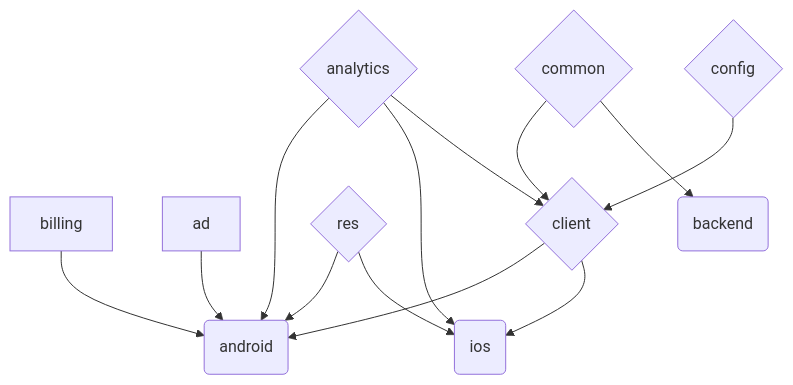
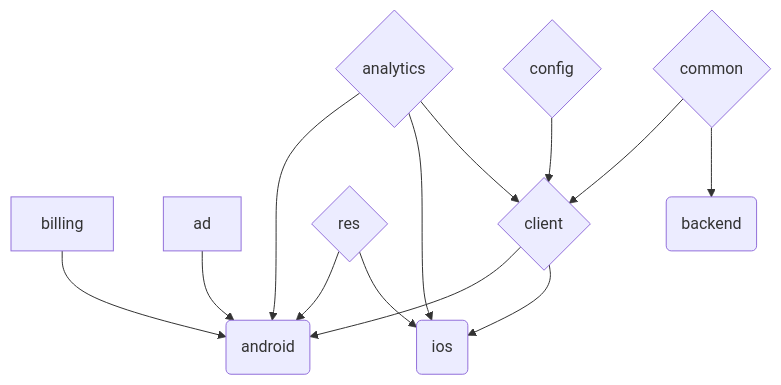
One commit to Oztechan/CCC changed the first of 2 diagrams in README.md. Above: the diagram before and after it, drawn with Mermaid.

Commit message:
[#944] Update mermaid diagram

````diff
--- a/README.md
+++ b/README.md
@@ -28,26 +28,26 @@
 ```mermaid
 graph TD;
 
 billing-->android
 
 ad-->android
 
-analytics --> android
+config{config}-->client
+
+analytics{analytics} --> android
 analytics --> ios
-analytics{analytics}-->client
+analytics-->client
 
 res{res}-->android
 res-->ios
 
 client{client}-->android
 client-->ios
-
-config{config}-->client
 
 common{common}-->client
 common-->backend
 
 android(android)
 ios(ios)
 backend(backend)
 ```
````
